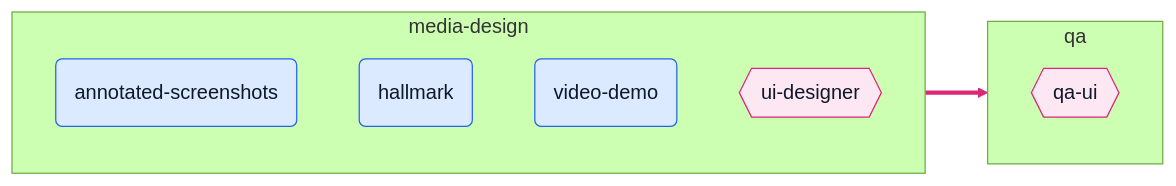
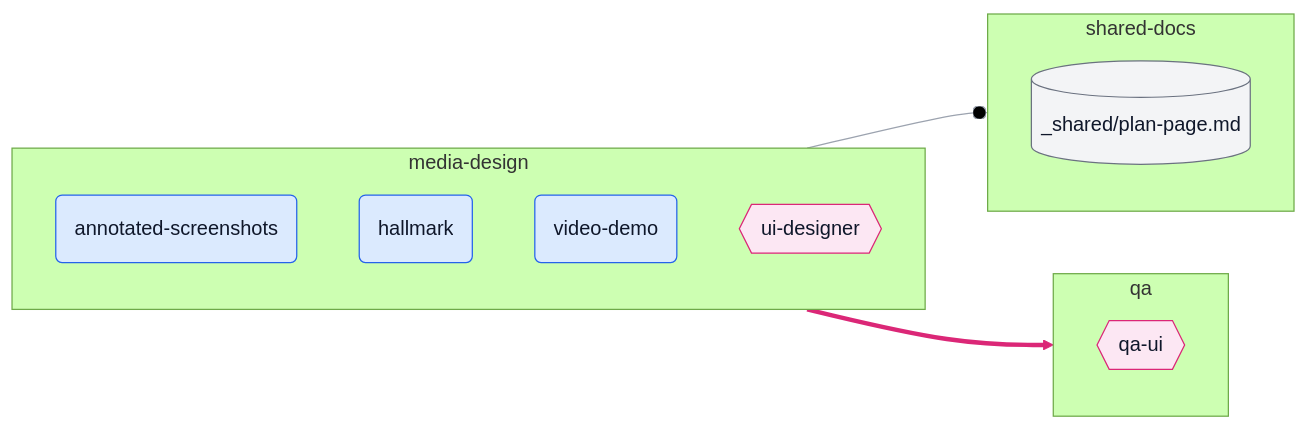
Before and after one commit to ybarsotti/dotfiles: the second of 10 diagrams in docs/skills-map.md, drawn with Mermaid (forest theme). The commit also changed other lines of this file and 2 other files, not shown here.

````diff
--- a/docs/skills-map.md
+++ b/docs/skills-map.md
@@ -167,22 +167,28 @@
 ```mermaid
 flowchart LR
   subgraph cl_media_design["media-design"]
     direction TB
     s_annotated_screenshots("annotated-screenshots"):::skill
     s_hallmark("hallmark"):::skill
     s_video_demo("video-demo"):::skill
     a_ui_designer{{"ui-designer"}}:::agent
   end
   subgraph cl_qa["qa"]
     direction TB
     a_qa_ui{{"qa-ui"}}:::agent
   end
+  subgraph cl_shared_docs["shared-docs"]
+    direction TB
+    d_plan_page[("_shared/plan-page.md")]:::shared
+  end
   a_ui_designer ==> a_qa_ui
+  a_ui_designer --o d_plan_page
   linkStyle 0 stroke:#db2777
+  linkStyle 1 stroke:#9ca3af
   classDef skill fill:#dbeafe,stroke:#2563eb,color:#0f172a
   classDef command fill:#dcfce7,stroke:#16a34a,color:#0f172a
   classDef agent fill:#fce7f3,stroke:#db2777,color:#0f172a
   classDef shared fill:#f3f4f6,stroke:#6b7280,color:#0f172a
   classDef external fill:#fef9c3,stroke:#a16207,color:#0f172a,stroke-dasharray:4 3
   classDef step fill:#ffffff,stroke:#6b7280,color:#0f172a,stroke-dasharray:2 2
 ```
````
